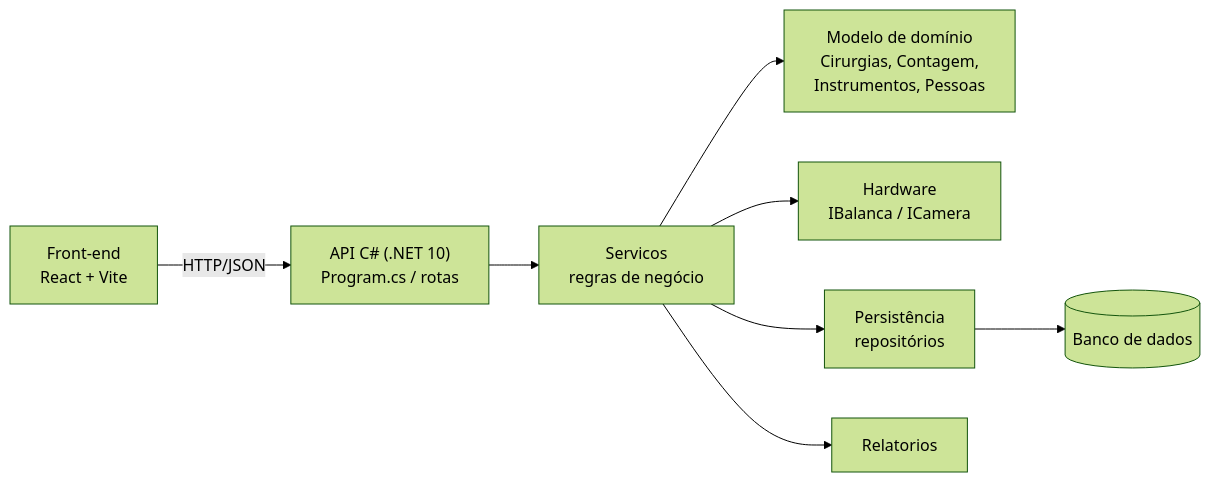
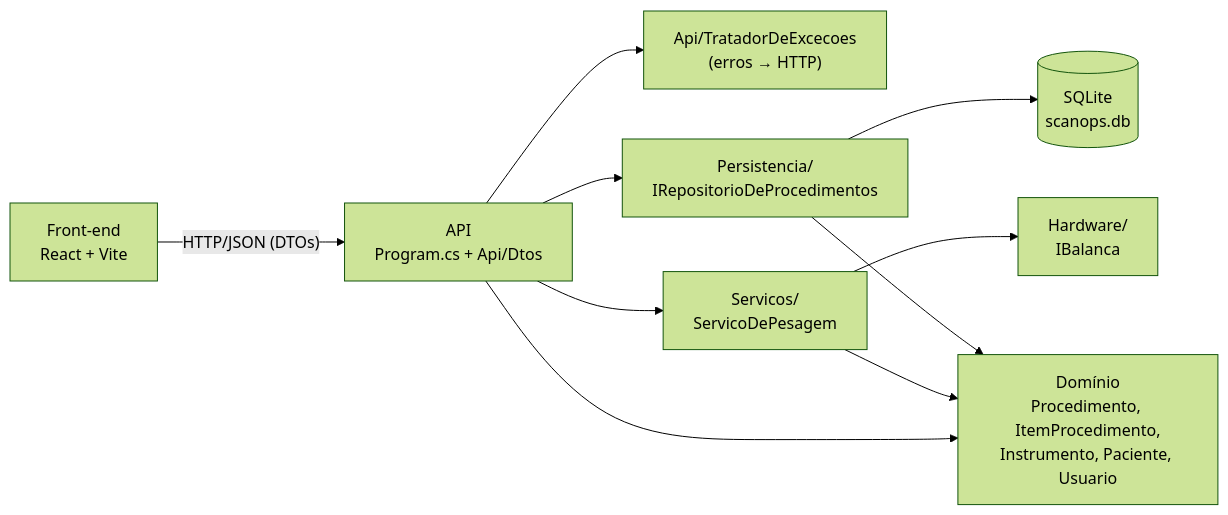
Before and after one commit to JoaoQueiroz7z/scanOPS: the diagram in docs/ARCHITECTURE.md, drawn with Mermaid (forest theme). The commit also changed other lines of this file and 4 other files, not shown here.

First line of the commit message:
docs: atualiza arquitetura, decisões e roadmap para o que o código faz hoje

````diff
--- a/docs/ARCHITECTURE.md
+++ b/docs/ARCHITECTURE.md
@@ -43,10 +38,12 @@
 ```mermaid
 flowchart LR
-    UI["Front-end<br/>React + Vite"] -- "HTTP/JSON" --> API["API C# (.NET 10)<br/>Program.cs / rotas"]
-    API --> SRV["Servicos<br/>regras de negócio"]
-    SRV --> DOM["Modelo de domínio<br/>Cirurgias, Contagem,<br/>Instrumentos, Pessoas"]
-    SRV --> HW["Hardware<br/>IBalanca / ICamera"]
-    SRV --> REPO["Persistência<br/>repositórios"]
-    REPO --> DB[("Banco de dados")]
-    SRV --> REL["Relatorios"]
+    UI["Front-end<br/>React + Vite"] -- "HTTP/JSON (DTOs)" --> API["API<br/>Program.cs + Api/Dtos"]
+    API --> TRAT["Api/TratadorDeExcecoes<br/>(erros → HTTP)"]
+    API --> REPO["Persistencia/<br/>IRepositorioDeProcedimentos"]
+    API --> SRV["Servicos/<br/>ServicoDePesagem"]
+    API --> DOM["Domínio<br/>Procedimento, ItemProcedimento,<br/>Instrumento, Paciente, Usuario"]
+    SRV --> HW["Hardware/<br/>IBalanca"]
+    SRV --> DOM
+    REPO --> DOM
+    REPO --> DB[("SQLite<br/>scanops.db")]
 ```
````
